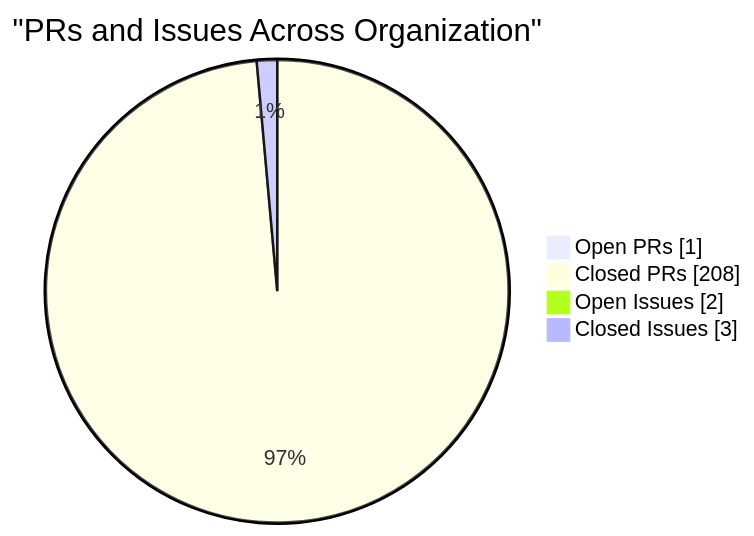
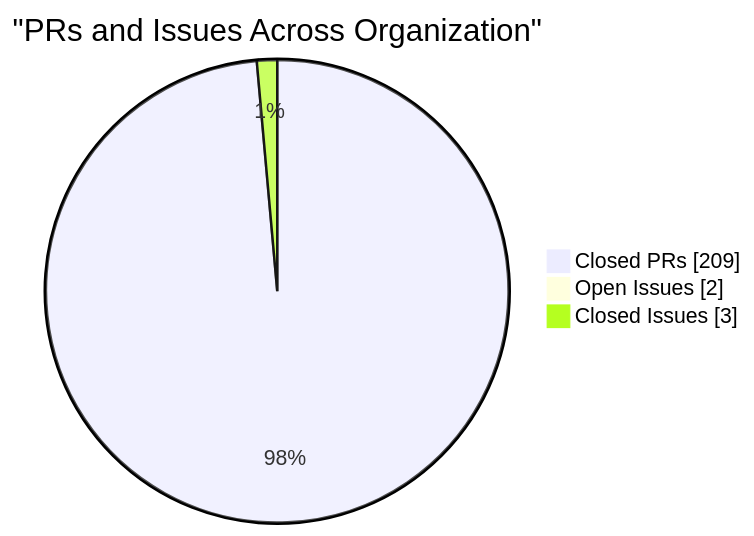
Before and after one commit to CSTH-Projects/.github: the fourth of 4 diagrams in profile/README.md, drawn with Mermaid. The commit also changed other lines of this file, not shown here.

````diff
--- a/profile/README.md
+++ b/profile/README.md
@@ -100,8 +100,7 @@
 ```mermaid
 pie showData
     title "PRs and Issues Across Organization"
-    "Open PRs" : 1
-    "Closed PRs" : 208
+    "Closed PRs" : 209
     "Open Issues" : 2
     "Closed Issues" : 3
 ```
````
